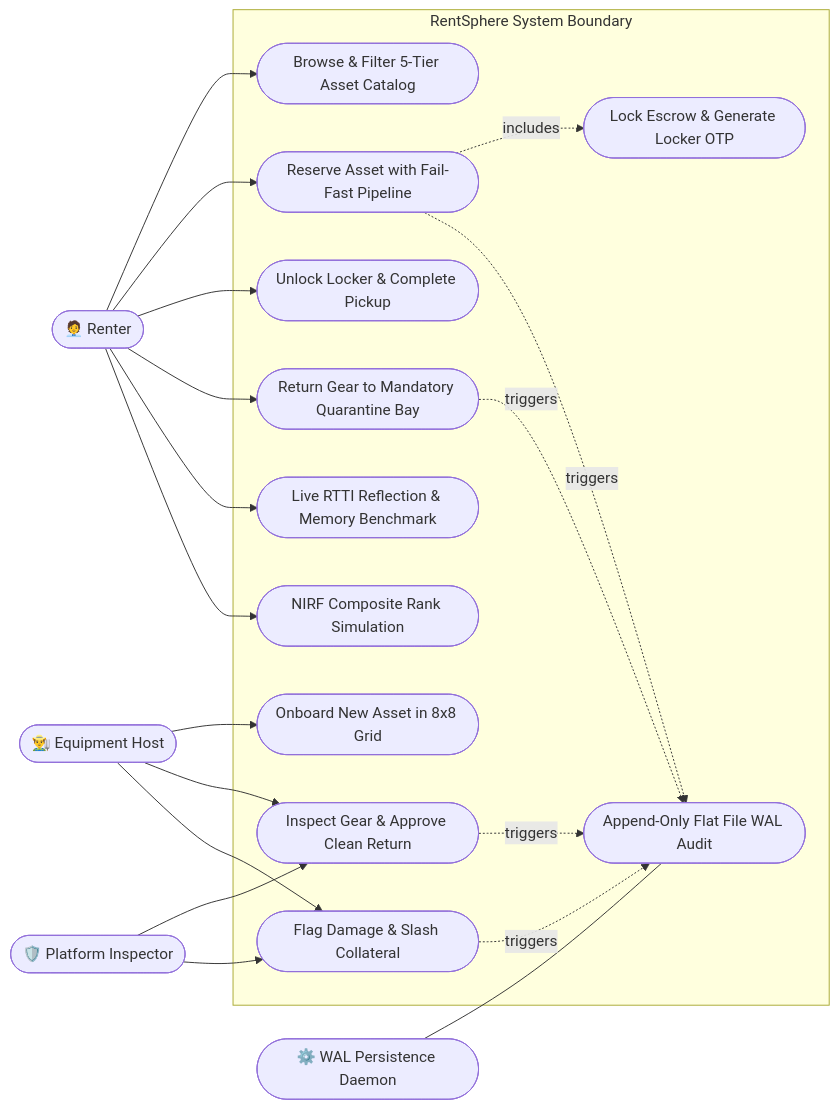
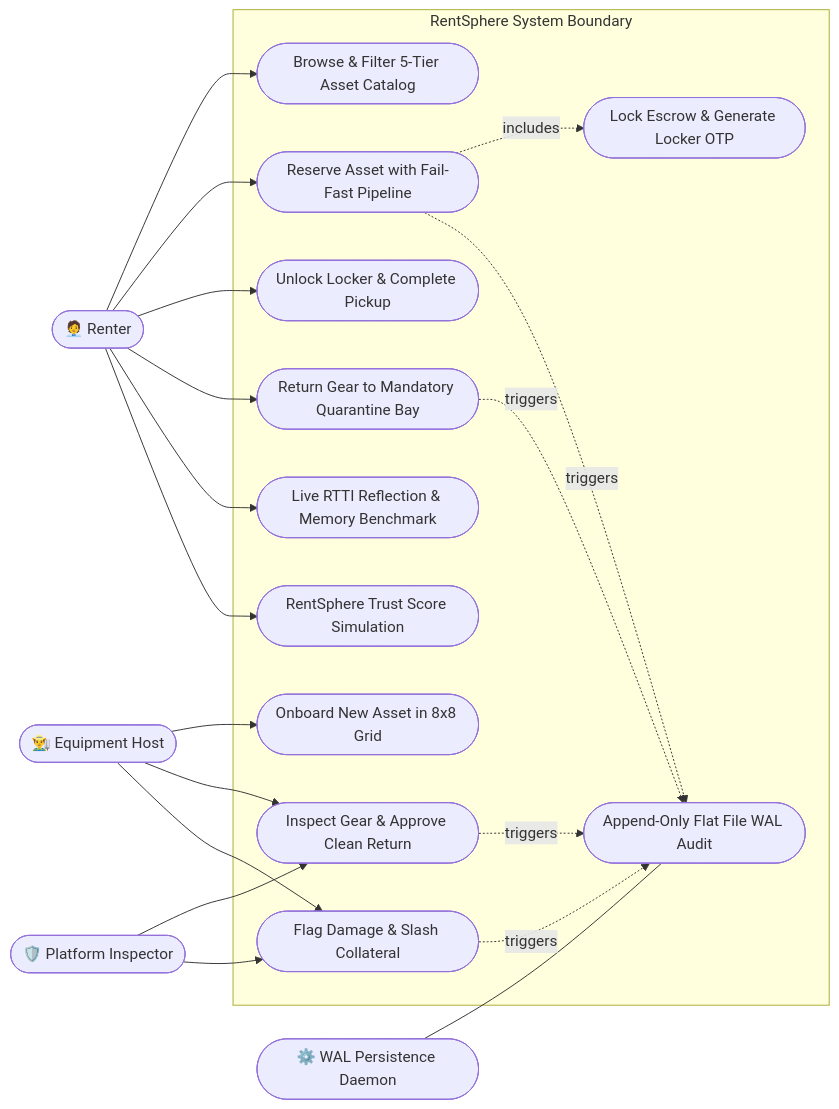
One commit to mohammed2664/Mini-Project changed the first of 5 diagrams in docs/UML_DIAGRAMS.md. Above: the diagram before and after it, drawn with Mermaid. The commit also changed other lines of this file and 32 other files, not shown here.

````diff
--- a/docs/UML_DIAGRAMS.md
+++ b/docs/UML_DIAGRAMS.md
@@ -13,42 +13,42 @@
 ```mermaid
 flowchart LR
     subgraph RentSphere System Boundary
         UC1(["Browse & Filter 5-Tier Asset Catalog"])
         UC2(["Reserve Asset with Fail-Fast Pipeline"])
         UC3(["Lock Escrow & Generate Locker OTP"])
         UC4(["Unlock Locker & Complete Pickup"])
         UC5(["Return Gear to Mandatory Quarantine Bay"])
         UC6(["Inspect Gear & Approve Clean Return"])
         UC7(["Flag Damage & Slash Collateral"])
         UC8(["Onboard New Asset in 8x8 Grid"])
         UC9(["Live RTTI Reflection & Memory Benchmark"])
-        UC10(["NIRF Composite Rank Simulation"])
+        UC10(["RentSphere Trust Score Simulation"])
         UC11(["Append-Only Flat File WAL Audit"])
     end
 
     Renter(["🧑‍💼 Renter"])
     Host(["👨‍🌾 Equipment Host"])
     Inspector(["🛡️ Platform Inspector"])
     WAL(["⚙️ WAL Persistence Daemon"])
 
     Renter --> UC1
     Renter --> UC2
     Renter --> UC4
     Renter --> UC5
     Renter --> UC9
     Renter --> UC10
 
     Host --> UC8
     Host --> UC6
     Host --> UC7
 
     Inspector --> UC6
     Inspector --> UC7
 
     UC2 -.->|includes| UC3
     UC2 -.->|triggers| UC11
     UC5 -.->|triggers| UC11
     UC6 -.->|triggers| UC11
     UC7 -.->|triggers| UC11
     WAL --- UC11
 ```
````
